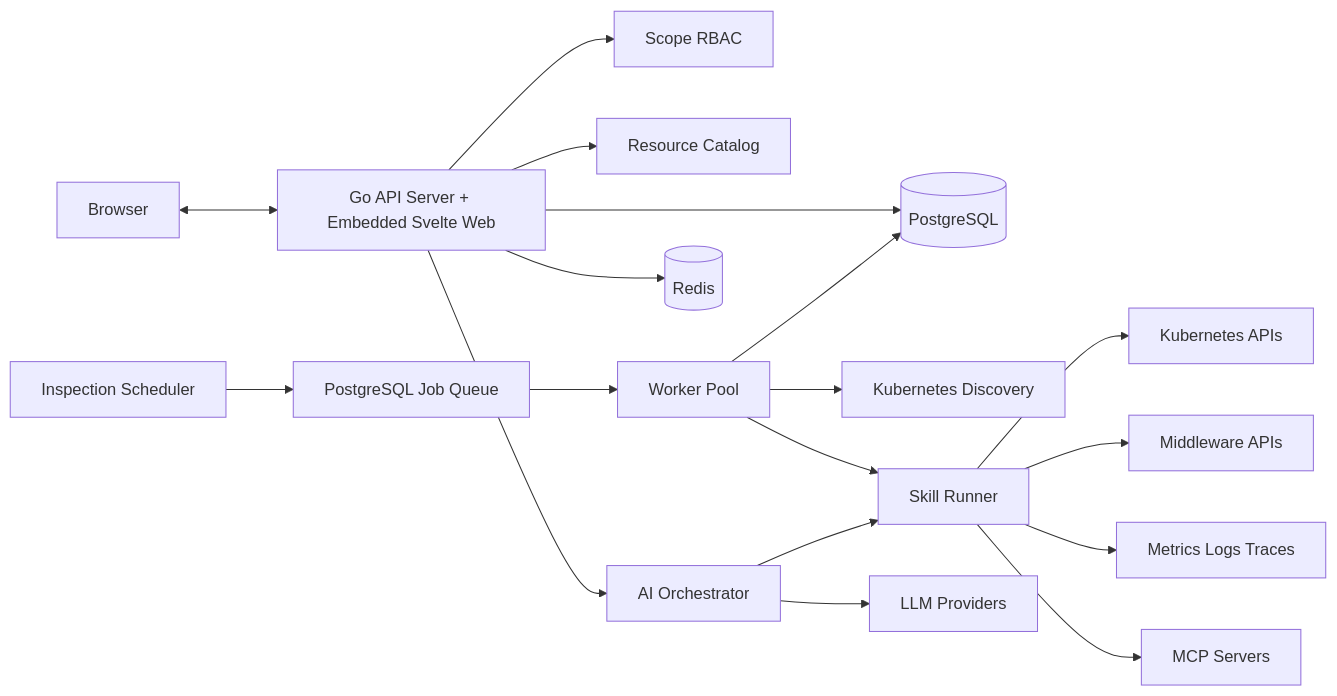
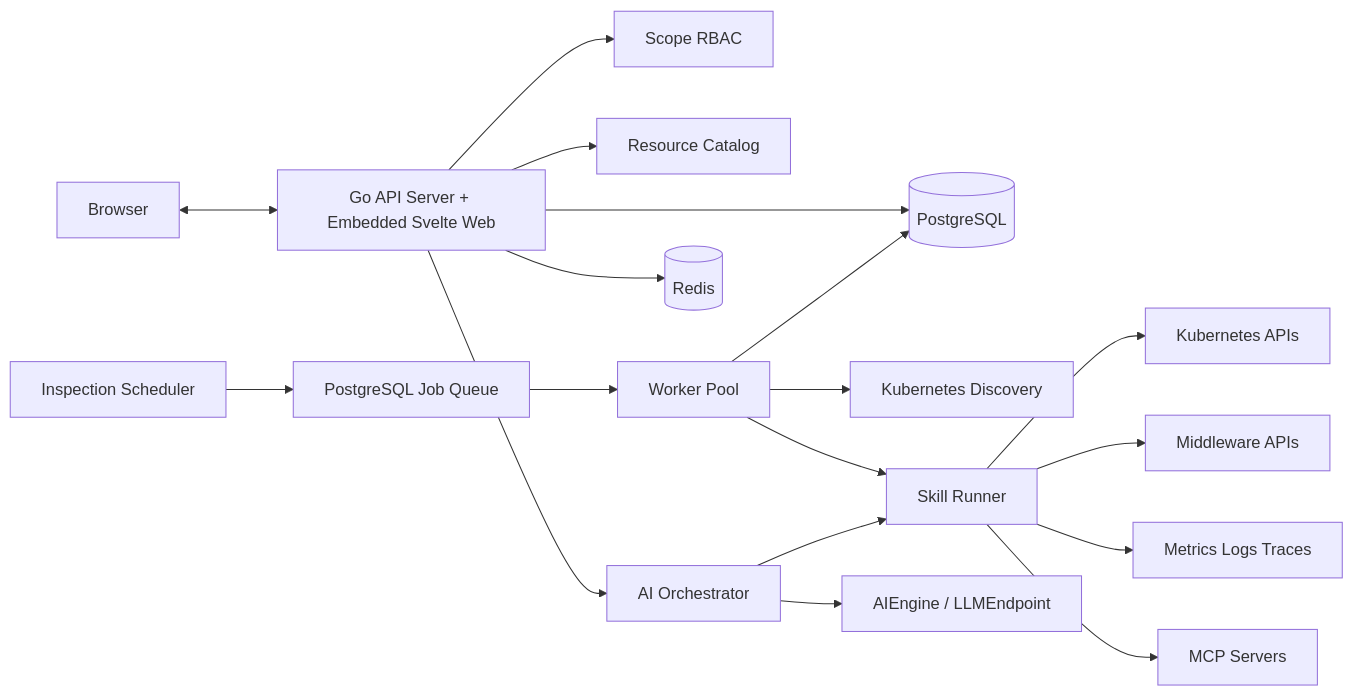
The diagram in docs/design/architecture.md (xshrim/opskeeper), drawn with Mermaid before and after one commit. The commit also changed other lines of this file and 23 other files, not shown here.

````diff
--- a/docs/design/architecture.md
+++ b/docs/design/architecture.md
@@ -45,20 +45,20 @@
 ```mermaid
 flowchart LR
     UI[Browser] <--> API[Go API Server + Embedded Svelte Web]
     API --> Auth[Scope RBAC]
     API --> Catalog[Resource Catalog]
     API --> AI[AI Orchestrator]
     API --> PG[(PostgreSQL)]
     API --> Redis[(Redis)]
     Scheduler[Inspection Scheduler] --> Jobs[PostgreSQL Job Queue]
     Jobs --> Worker[Worker Pool]
     Worker --> Discovery[Kubernetes Discovery]
     Worker --> Skills[Skill Runner]
     Skills --> K8S[Kubernetes APIs]
     Skills --> Middleware[Middleware APIs]
     Skills --> Observability[Metrics Logs Traces]
     Skills --> MCP[MCP Servers]
-    AI --> LLM[LLM Providers]
+    AI --> LLM[AIEngine / LLMEndpoint]
     AI --> Skills
     Worker --> PG
 ```
````
